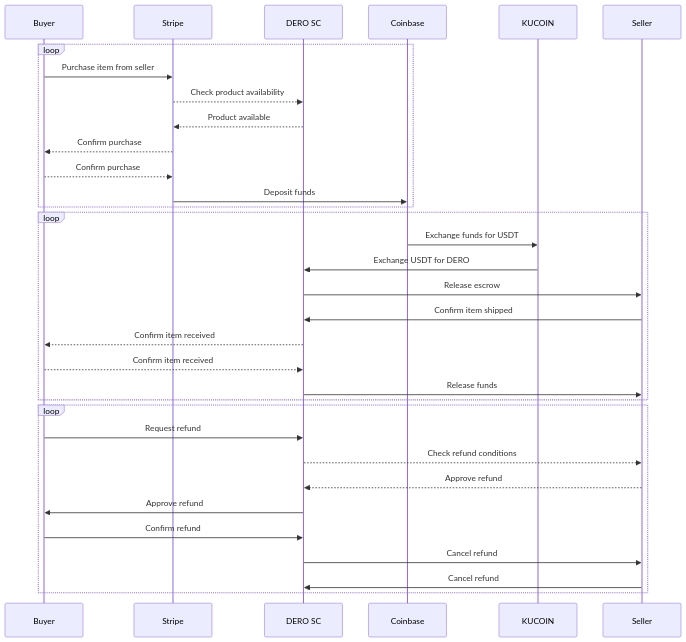
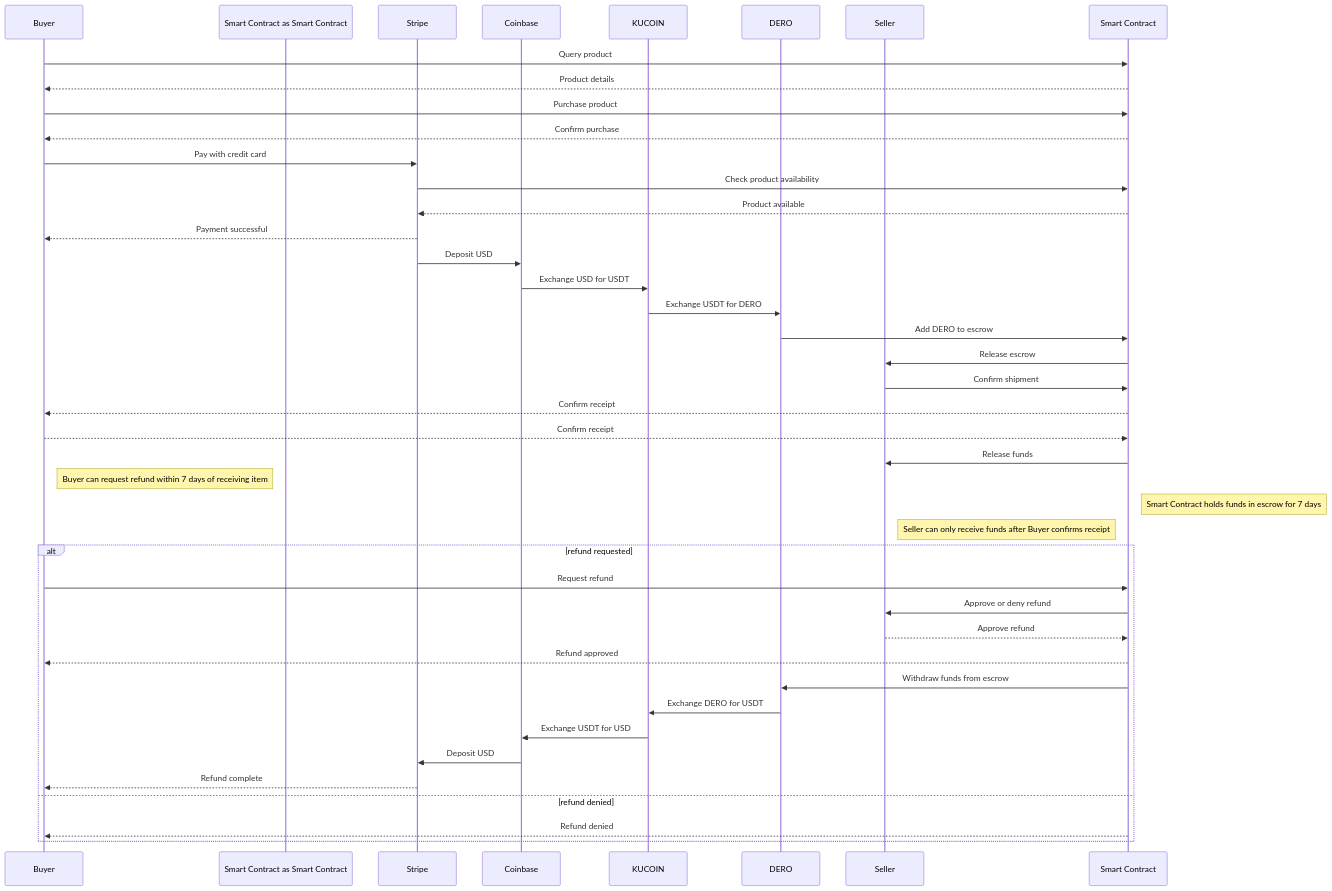
Before and after one commit to secretnamebasis/Scratch: the diagram in sequenceDiagram.md, drawn with Mermaid.

````diff
--- a/sequenceDiagram.md
+++ b/sequenceDiagram.md
@@ -1,32 +1,47 @@
 ```mermaid 
 sequenceDiagram
-    loop
-        Buyer->>Stripe: Purchase item from seller
-        Stripe-->>DERO SC: Check product availability
-        DERO SC-->>Stripe: Product available
-        Stripe-->>Buyer: Confirm purchase
-        Buyer-->>Stripe: Confirm purchase
-        Stripe->>Coinbase: Deposit funds
-    end
-    loop
-        Coinbase->>KUCOIN: Exchange funds for USDT
-        KUCOIN->>DERO SC: Exchange USDT for DERO
-        DERO SC->>Seller: Release escrow
-        Seller->>DERO SC: Confirm item shipped
-        DERO SC-->>Buyer: Confirm item received
-        Buyer-->>DERO SC: Confirm item received
-        DERO SC->>Seller: Release funds
-    end
-    loop
-        Buyer->>DERO SC: Request refund
-        DERO SC-->>Seller: Check refund conditions
-        Seller-->>DERO SC: Approve refund
-        DERO SC->>Buyer: Approve refund
-        Buyer->>DERO SC: Confirm refund
-        DERO SC->>Seller: Cancel refund
-        Seller->>DERO SC: Cancel refund
-    end
+participant Buyer as Buyer
+participant Smart Contract as Smart Contract
+participant Stripe as Stripe
+participant Coinbase as Coinbase
+participant KUCOIN as KUCOIN
+participant DERO as DERO
+participant Seller as Seller
 
+Buyer->>Smart Contract: Query product
+Smart Contract-->>Buyer: Product details
+Buyer->>Smart Contract: Purchase product
+Smart Contract-->>Buyer: Confirm purchase
+Buyer->>Stripe: Pay with credit card
+Stripe->>Smart Contract: Check product availability
+Smart Contract-->>Stripe: Product available
+Stripe-->>Buyer: Payment successful
+Stripe->>Coinbase: Deposit USD
+Coinbase->>KUCOIN: Exchange USD for USDT
+KUCOIN->>DERO: Exchange USDT for DERO
+DERO->>Smart Contract: Add DERO to escrow
+Smart Contract->>Seller: Release escrow
+Seller->>Smart Contract: Confirm shipment
+Smart Contract-->>Buyer: Confirm receipt
+Buyer-->>Smart Contract: Confirm receipt
+Smart Contract->>Seller: Release funds
 
+Note right of Buyer: Buyer can request refund within 7 days of receiving item
+Note right of Smart Contract: Smart Contract holds funds in escrow for 7 days
+Note right of Seller: Seller can only receive funds after Buyer confirms receipt
+
+alt refund requested
+    Buyer->>Smart Contract: Request refund
+    Smart Contract->>Seller: Approve or deny refund
+    Seller-->>Smart Contract: Approve refund
+    Smart Contract-->>Buyer: Refund approved
+    Smart Contract->>DERO: Withdraw funds from escrow
+    DERO->>KUCOIN: Exchange DERO for USDT
+    KUCOIN->>Coinbase: Exchange USDT for USD
+    Coinbase->>Stripe: Deposit USD
+    Stripe-->>Buyer: Refund complete
+else refund denied
+    Smart Contract-->>Buyer: Refund denied
+end
 
 ```
````
